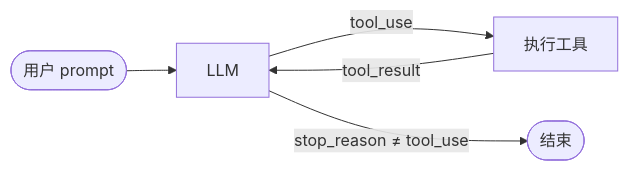
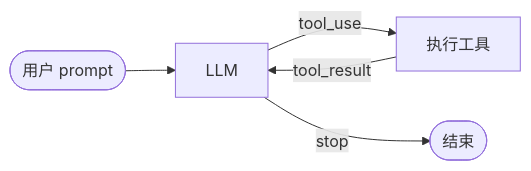
One commit to ranxi2001/zero2Agent changed the diagram in learn-claude-code/01-agent-loop/index.md. Above: the diagram before and after it, drawn with Mermaid. The commit also changed 3 other files, not shown here.

First line of the commit message:
fix mermaid syntax errors in learn-claude-code articles

```diff
--- a/learn-claude-code/01-agent-loop/index.md
+++ b/learn-claude-code/01-agent-loop/index.md
@@ -28,7 +28,7 @@
 <div class="mermaid">
 flowchart LR
     A([用户 prompt]) --> B[LLM]
     B -->|tool_use| C[执行工具]
     C -->|tool_result| B
-    B -->|stop_reason ≠ tool_use| D([结束])
+    B -->|stop| D([结束])
 </div>
```
